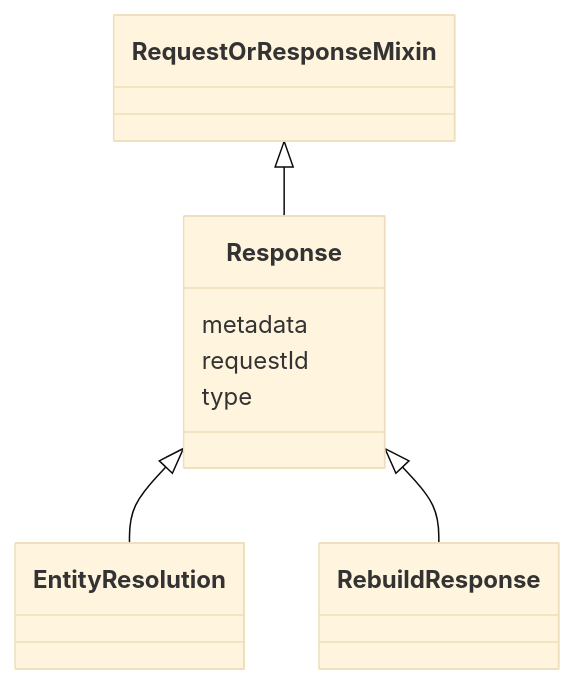
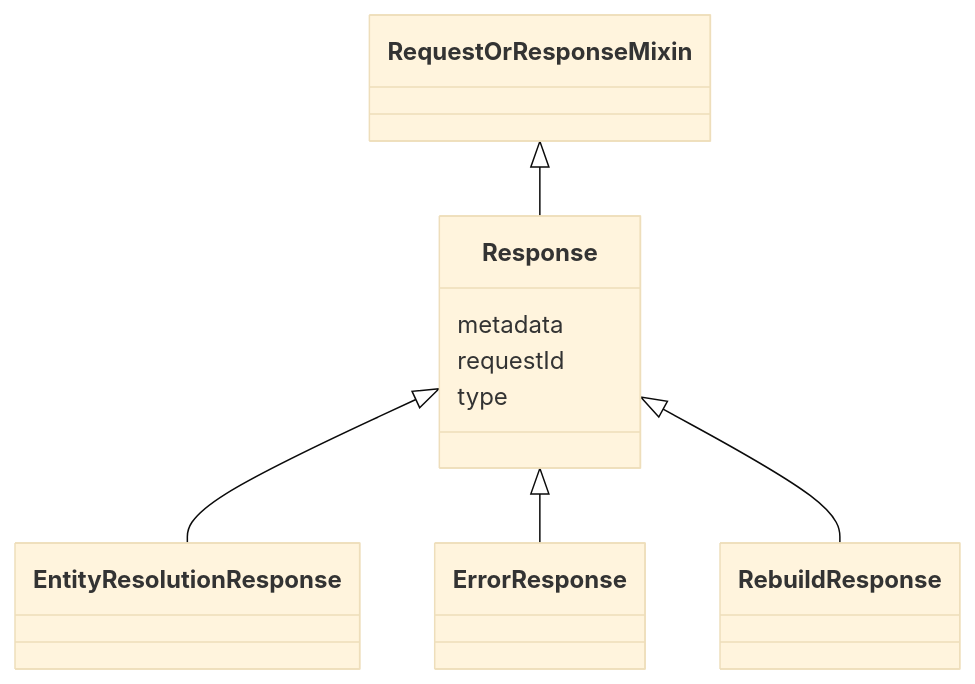
The diagram in docs/schema/Response.md (meaningfy-ws/er-system), drawn with Mermaid (base theme) before and after one commit. The commit also changed other lines of this file and 41 other files, not shown here.

````diff
--- a/docs/schema/Response.md
+++ b/docs/schema/Response.md
@@ -22,22 +22,24 @@
 ```mermaid
  classDiagram
     class Response
     click Response href "../Response/"
       RequestOrResponseMixin <|-- Response
         click RequestOrResponseMixin href "../RequestOrResponseMixin/"
       
 
-      Response <|-- EntityResolution
-        click EntityResolution href "../EntityResolution/"
+      Response <|-- EntityResolutionResponse
+        click EntityResolutionResponse href "../EntityResolutionResponse/"
+      Response <|-- ErrorResponse
+        click ErrorResponse href "../ErrorResponse/"
       Response <|-- RebuildResponse
         click RebuildResponse href "../RebuildResponse/"
       
 
       Response : metadata
         
       Response : requestId
         
       Response : type
         
       
 ```
````
